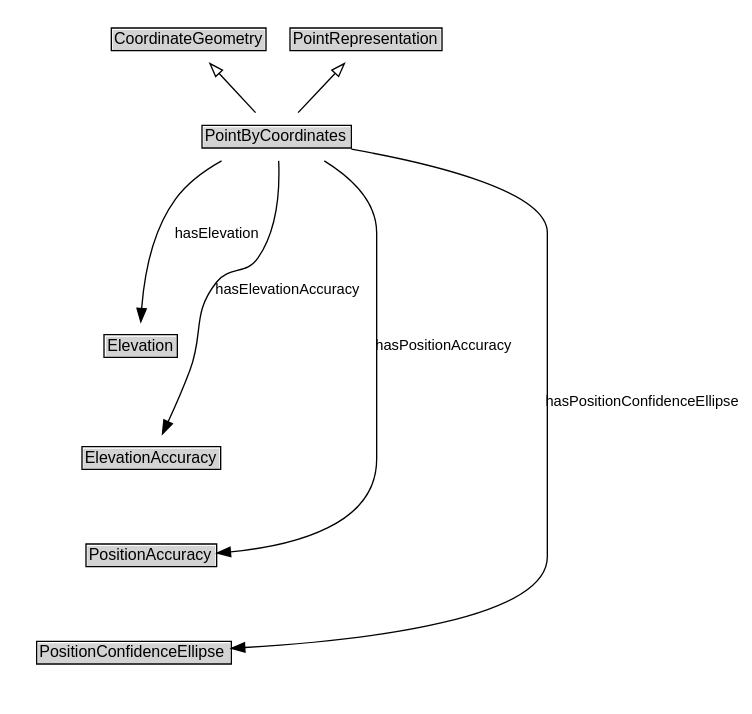
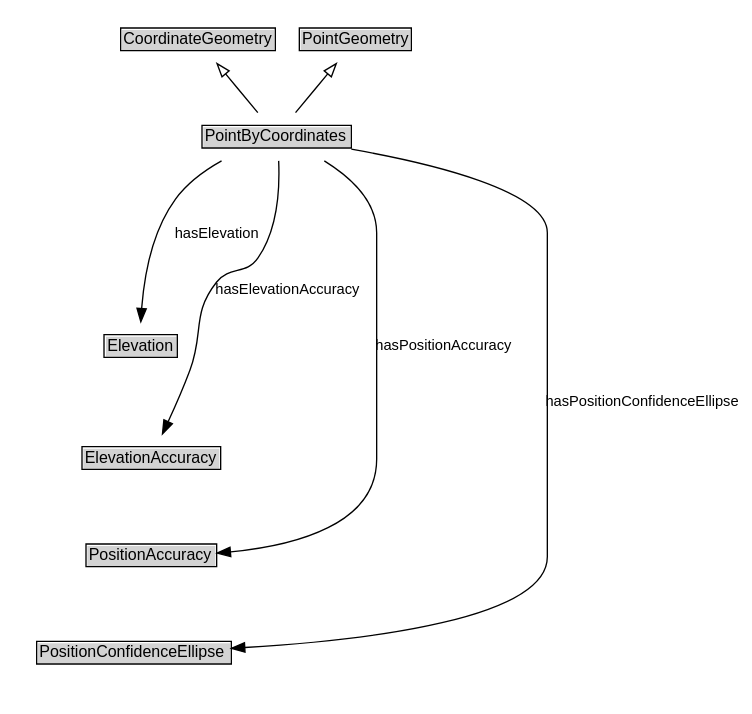
One commit to ISO-TC204/ontology-its-location-v1 changed the diagram in docs/diagrams/PointByCoordinates.dot. Above: the diagram before and after it, drawn with Graphviz. The commit also changed 400 other files, not shown here.

```diff
--- a/docs/diagrams/PointByCoordinates.dot
+++ b/docs/diagrams/PointByCoordinates.dot
@@ -1,38 +1,38 @@
 // Diagram for PointByCoordinates
 digraph {
 	graph [overlap=false rankdir=TB splines=true]
 	node [fontname=Arial fontsize=12 margin=0 shape=none]
 	edge [fontname=Arial fontsize=11]
 	{
 		rank=source
 		CoordinateGeometry [label=<<TABLE BORDER="1" CELLBORDER="0" CELLSPACING="0" CELLPADDING="1"><TR><TD BGCOLOR="lightgray" ALIGN="CENTER">CoordinateGeometry</TD></TR></TABLE>> URL="../CoordinateGeometry" margin=0]
-		PointRepresentation [label=<<TABLE BORDER="1" CELLBORDER="0" CELLSPACING="0" CELLPADDING="1"><TR><TD BGCOLOR="lightgray" ALIGN="CENTER">PointRepresentation</TD></TR></TABLE>> URL="../PointRepresentation" margin=0]
+		PointGeometry [label=<<TABLE BORDER="1" CELLBORDER="0" CELLSPACING="0" CELLPADDING="1"><TR><TD BGCOLOR="lightgray" ALIGN="CENTER">PointGeometry</TD></TR></TABLE>> URL="../PointGeometry" margin=0]
 	}
 	PointByCoordinates [label=<<TABLE BORDER="1" CELLBORDER="0" CELLSPACING="0" CELLPADDING="1"><TR><TD BGCOLOR="lightgray" ALIGN="CENTER">PointByCoordinates</TD></TR></TABLE>> URL="../PointByCoordinates" margin=0]
 	{
 		rank=max
 	}
 	subgraph cluster_associated {
 		label="" style=invis
 		Invis [label=<<TABLE BORDER="0" CELLBORDER="0" CELLSPACING="0" CELLPADDING="1"><TR><TD></TD></TR></TABLE>> margin=0 style=invis]
 		Elevation [label=<<TABLE BORDER="1" CELLBORDER="0" CELLSPACING="0" CELLPADDING="1"><TR><TD BGCOLOR="lightgray" ALIGN="CENTER">Elevation</TD></TR></TABLE>> URL="../Elevation" margin=0]
 		ElevationAccuracy [label=<<TABLE BORDER="1" CELLBORDER="0" CELLSPACING="0" CELLPADDING="1"><TR><TD BGCOLOR="lightgray" ALIGN="CENTER">ElevationAccuracy</TD></TR></TABLE>> URL="../ElevationAccuracy" margin=0]
 		PositionAccuracy [label=<<TABLE BORDER="1" CELLBORDER="0" CELLSPACING="0" CELLPADDING="1"><TR><TD BGCOLOR="lightgray" ALIGN="CENTER">PositionAccuracy</TD></TR></TABLE>> URL="../PositionAccuracy" margin=0]
 		PositionConfidenceEllipse [label=<<TABLE BORDER="1" CELLBORDER="0" CELLSPACING="0" CELLPADDING="1"><TR><TD BGCOLOR="lightgray" ALIGN="CENTER">PositionConfidenceEllipse</TD></TR></TABLE>> URL="../PositionConfidenceEllipse" margin=0]
 	}
 	PointByCoordinates -> CoordinateGeometry [arrowhead=onormal style=solid]
-	PointByCoordinates -> PointRepresentation [arrowhead=onormal style=solid]
+	PointByCoordinates -> PointGeometry [arrowhead=onormal style=solid]
 	PointByCoordinates -> Invis [style=invis]
 	Invis -> Elevation [style=invis]
 	Elevation -> ElevationAccuracy [style=invis]
 	ElevationAccuracy -> PositionAccuracy [style=invis]
 	PositionAccuracy -> PositionConfidenceEllipse [style=invis]
 	PositionAccuracy [label=<<TABLE BORDER="1" CELLBORDER="0" CELLSPACING="0" CELLPADDING="1"><TR><TD BGCOLOR="lightgray" ALIGN="CENTER">PositionAccuracy</TD></TR></TABLE>> URL="../PositionAccuracy" margin=0]
 	PointByCoordinates -> PositionAccuracy [label=hasPositionAccuracy arrowhead=normal style=solid]
 	PositionConfidenceEllipse [label=<<TABLE BORDER="1" CELLBORDER="0" CELLSPACING="0" CELLPADDING="1"><TR><TD BGCOLOR="lightgray" ALIGN="CENTER">PositionConfidenceEllipse</TD></TR></TABLE>> URL="../PositionConfidenceEllipse" margin=0]
 	PointByCoordinates -> PositionConfidenceEllipse [label=hasPositionConfidenceEllipse arrowhead=normal style=solid]
 	Elevation [label=<<TABLE BORDER="1" CELLBORDER="0" CELLSPACING="0" CELLPADDING="1"><TR><TD BGCOLOR="lightgray" ALIGN="CENTER">Elevation</TD></TR></TABLE>> URL="../Elevation" margin=0]
 	PointByCoordinates -> Elevation [label=hasElevation arrowhead=normal style=solid]
 	ElevationAccuracy [label=<<TABLE BORDER="1" CELLBORDER="0" CELLSPACING="0" CELLPADDING="1"><TR><TD BGCOLOR="lightgray" ALIGN="CENTER">ElevationAccuracy</TD></TR></TABLE>> URL="../ElevationAccuracy" margin=0]
 	PointByCoordinates -> ElevationAccuracy [label=hasElevationAccuracy arrowhead=normal style=solid]
 }
```
